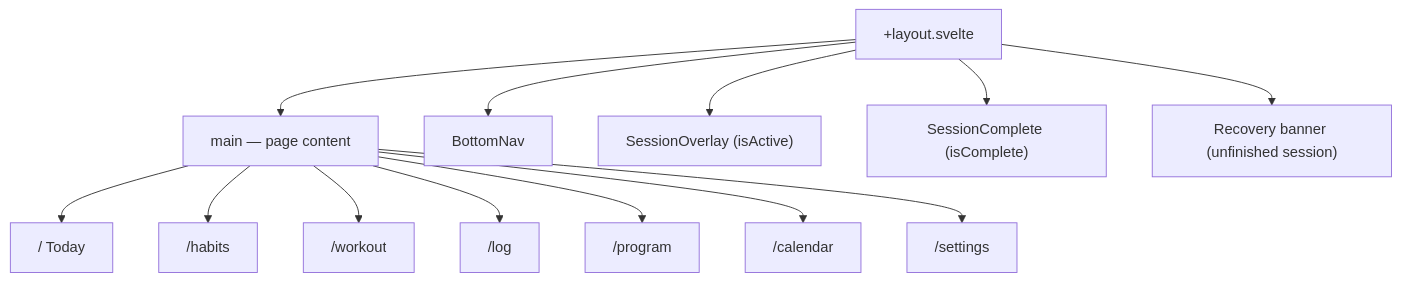
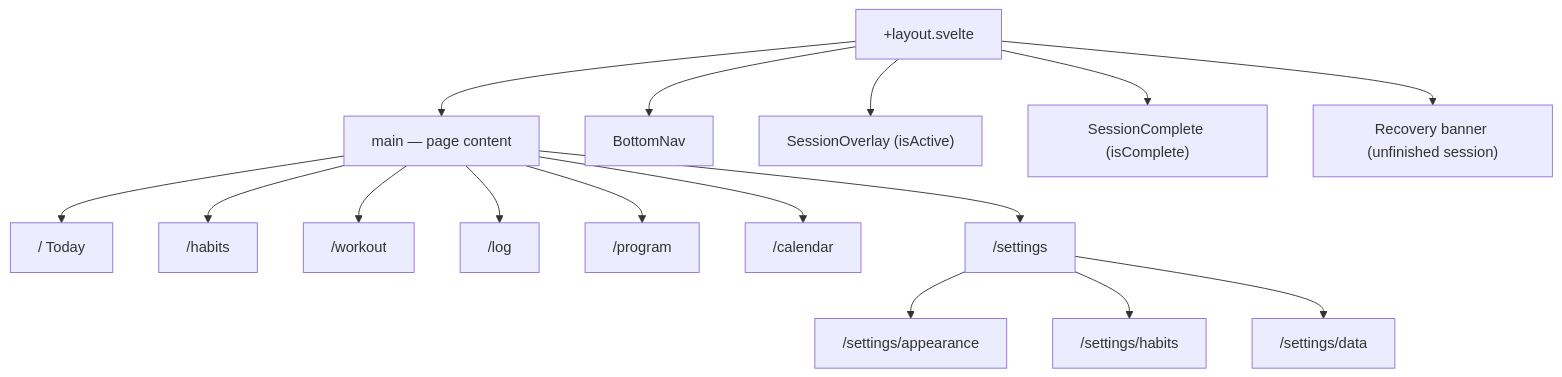
One commit to jermbo/CosmicWorkOut changed the first of 2 diagrams in docs/implementation/app-structure.md. Above: the diagram before and after it, drawn with Mermaid. The commit also changed other lines of this file and 31 other files, not shown here.

````diff
--- a/docs/implementation/app-structure.md
+++ b/docs/implementation/app-structure.md
@@ -27,17 +31,20 @@
 ```mermaid
 flowchart TB
     Layout["+layout.svelte"]
     Layout --> Main["main — page content"]
     Layout --> Nav[BottomNav]
     Layout --> Overlay["SessionOverlay (isActive)"]
     Layout --> Complete["SessionComplete (isComplete)"]
     Layout --> Recovery["Recovery banner (unfinished session)"]
 
     Main --> Today["/ Today"]
     Main --> Habits["/habits"]
     Main --> Workout["/workout"]
     Main --> Log["/log"]
     Main --> Program["/program"]
     Main --> Calendar["/calendar"]
     Main --> Settings["/settings"]
+    Settings --> SettingsApp["/settings/appearance"]
+    Settings --> SettingsHab["/settings/habits"]
+    Settings --> SettingsData["/settings/data"]
 ```
````
